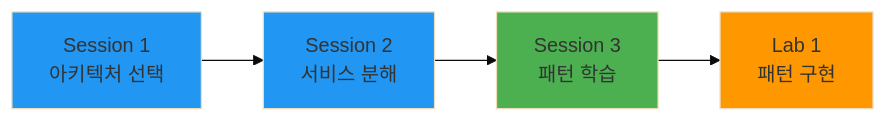
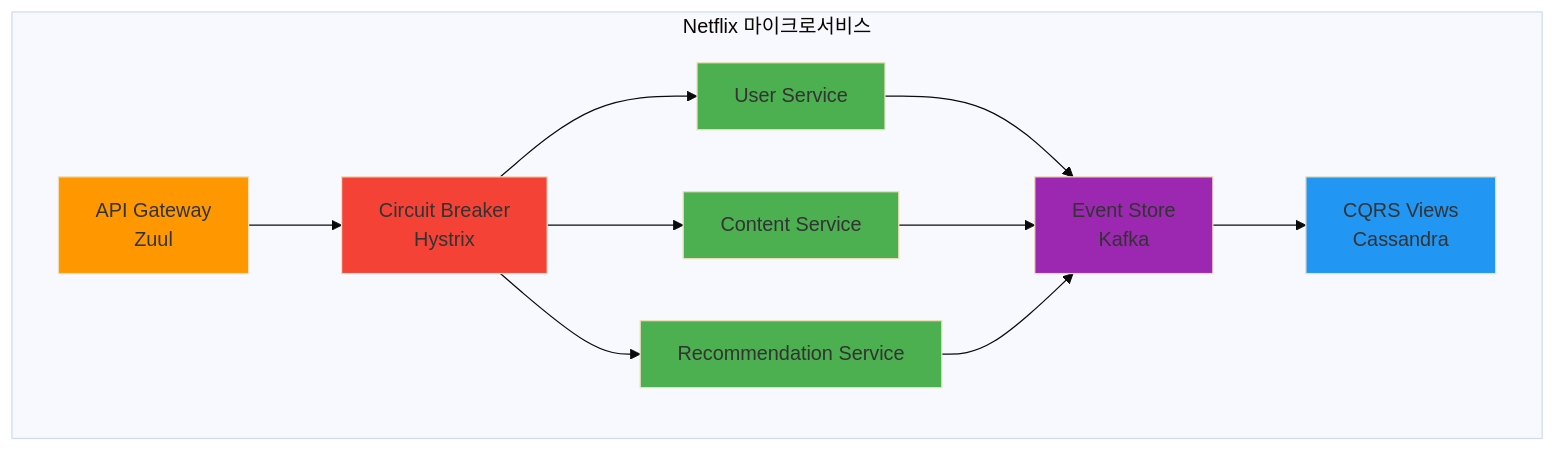
The ninth of 9 diagrams in theory/week_04/day1/session_3.md (niceguy61/kdt_devops_lecture_2025), drawn with Mermaid (base theme) before and after one commit. The commit also changed other lines of this file and 5 other files, not shown here.

````diff
--- a/theory/week_04/day1/session_3.md
+++ b/theory/week_04/day1/session_3.md
@@ -602,11 +382,23 @@
 ```mermaid
-graph LR
-    A[Session 1<br/>아키텍처 선택] --> B[Session 2<br/>서비스 분해]
-    B --> C[Session 3<br/>패턴 학습]
-    C --> D[Lab 1<br/>패턴 구현]
+graph TB
+    subgraph "Netflix 마이크로서비스"
+        AG[API Gateway<br/>Zuul] --> CB[Circuit Breaker<br/>Hystrix]
+        CB --> MS1[User Service]
+        CB --> MS2[Content Service]
+        CB --> MS3[Recommendation Service]
+        
+        MS1 --> ES[Event Store<br/>Kafka]
+        MS2 --> ES
+        MS3 --> ES
+        
+        ES --> CQRS[CQRS Views<br/>Cassandra]
+    end
     
-    style C fill:#4caf50
-    style A fill:#2196f3
-    style B fill:#2196f3
-    style D fill:#ff9800
+    style AG fill:#ff9800
+    style CB fill:#f44336
+    style MS1 fill:#4caf50
+    style MS2 fill:#4caf50
+    style MS3 fill:#4caf50
+    style ES fill:#9c27b0
+    style CQRS fill:#2196f3
 ```
````
